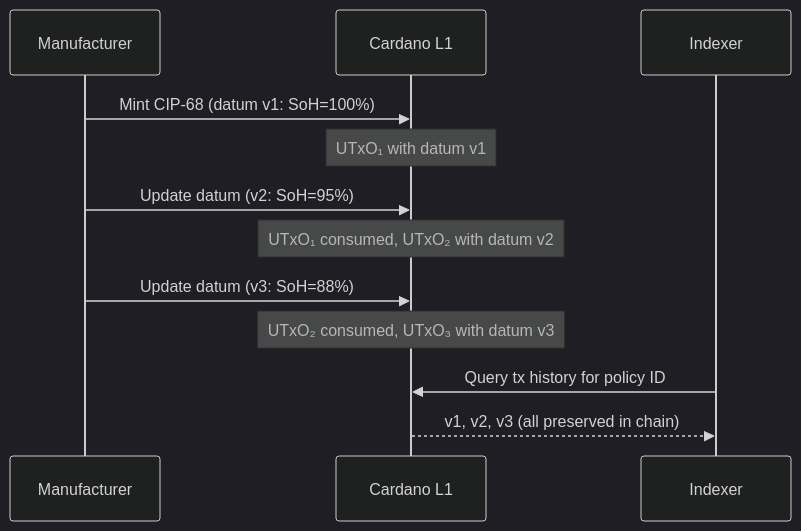
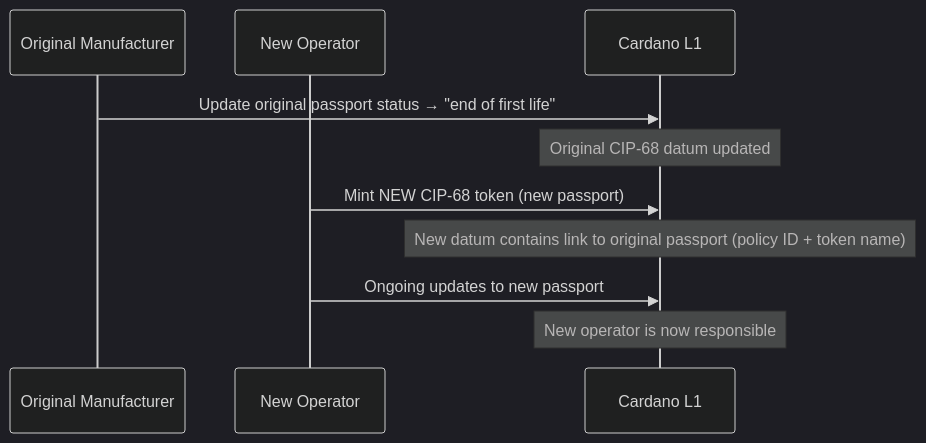
Before and after one commit to lambdasistemi/eu-digital-product-passport: the third of 4 diagrams in docs/cardano/lifecycle.md, drawn with Mermaid (dark theme). The commit also changed other lines of this file, not shown here.

Commit message:
feat: rewrite lifecycle — chain of responsibility from regulation, correct interaction model

````diff
--- a/docs/cardano/lifecycle.md
+++ b/docs/cardano/lifecycle.md
@@ -45,18 +120,15 @@
 ```mermaid
 sequenceDiagram
-    participant M as Manufacturer
+    participant M as Original Manufacturer
+    participant N as New Operator
     participant C as Cardano L1
-    participant I as Indexer
 
-    M->>C: Mint CIP-68 (datum v1: SoH=100%)
-    Note over C: UTxO₁ with datum v1
+    M->>C: Update original passport status → "end of first life"
+    Note over C: Original CIP-68 datum updated
 
-    M->>C: Update datum (v2: SoH=95%)
-    Note over C: UTxO₁ consumed, UTxO₂ with datum v2
+    N->>C: Mint NEW CIP-68 token (new passport)
+    Note over C: New datum contains link to original passport (policy ID + token name)
 
-    M->>C: Update datum (v3: SoH=88%)
-    Note over C: UTxO₂ consumed, UTxO₃ with datum v3
-
-    I->>C: Query tx history for policy ID
-    C-->>I: v1, v2, v3 (all preserved in chain)
+    N->>C: Ongoing updates to new passport
+    Note over C: New operator is now responsible
 ```
````
